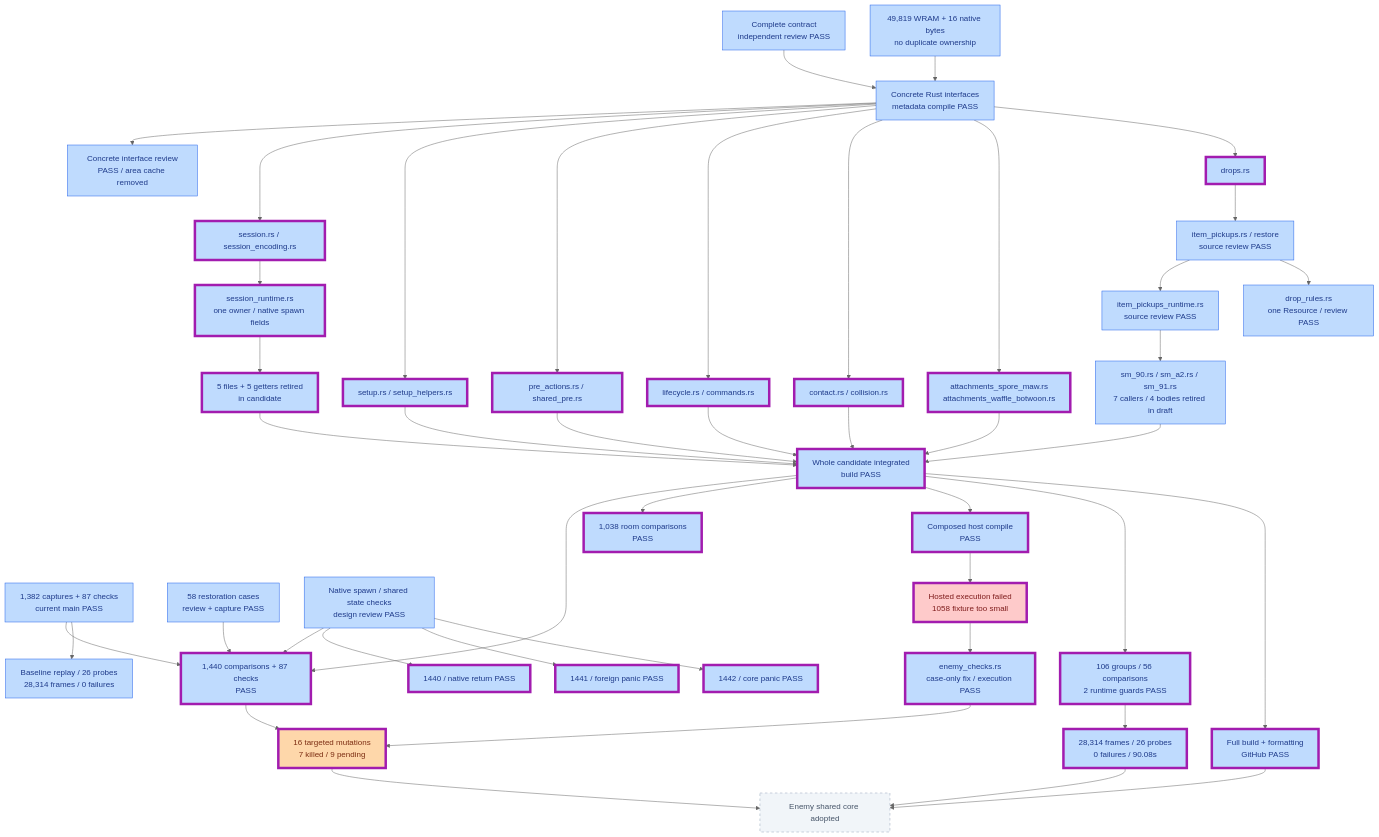
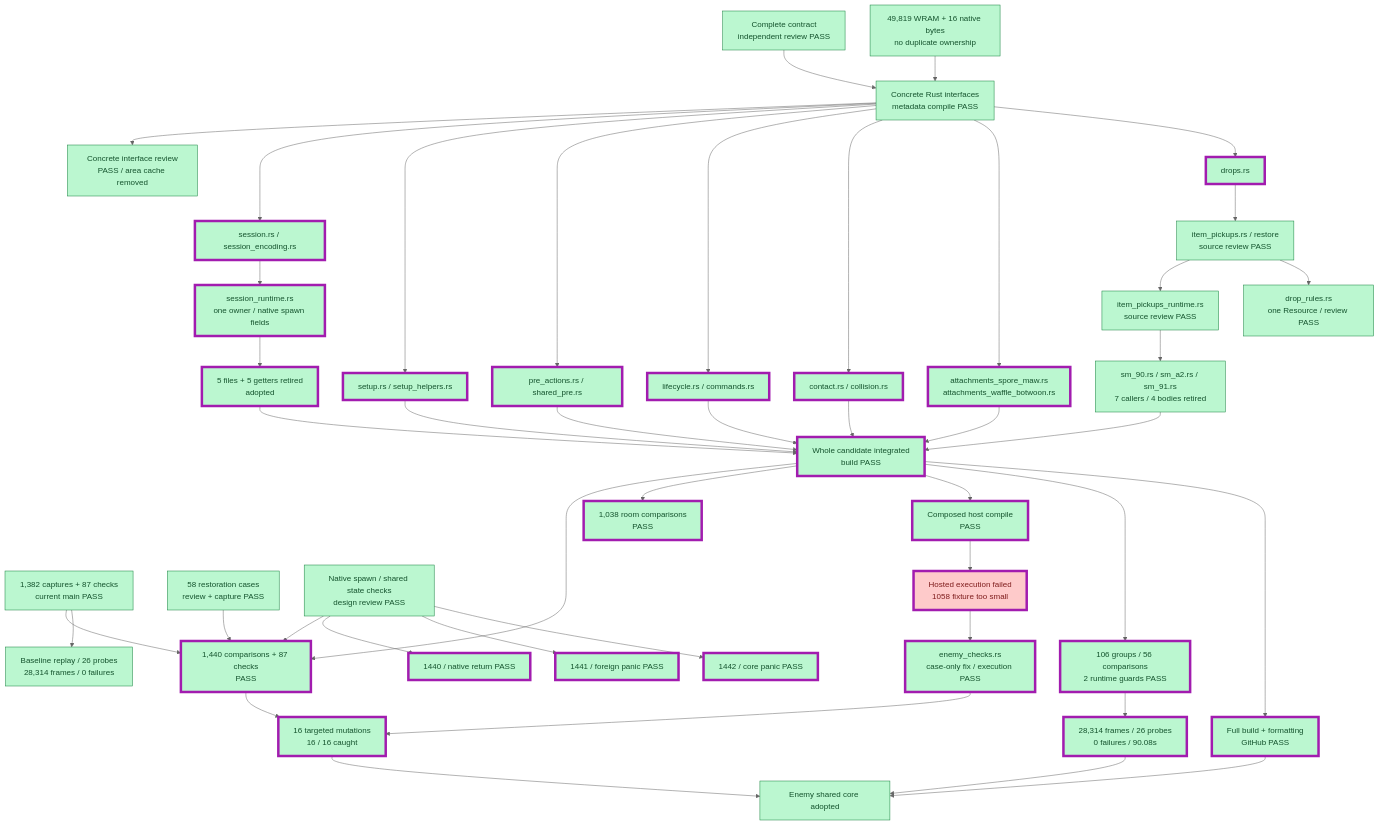
Before and after one commit to JimLundin/sm-decomp: the first of 12 diagrams in PROGRESS.md, drawn with Mermaid (neutral theme). The commit also changed other lines of this file and 74 other files, not shown here.

````diff
--- a/PROGRESS.md
+++ b/PROGRESS.md
@@ -14,55 +14,55 @@
 ```mermaid
 flowchart TB
-    CONTRACT["Complete contract<br/>independent review PASS"]:::checked
-    UNION["49,819 WRAM + 16 native bytes<br/>no duplicate ownership"]:::checked
-    CONTRACT --> API["Concrete Rust interfaces<br/>metadata compile PASS"]:::checked
-    API --> REVIEW["Concrete interface review<br/>PASS / area cache removed"]:::checked
+    CONTRACT["Complete contract<br/>independent review PASS"]:::done
+    UNION["49,819 WRAM + 16 native bytes<br/>no duplicate ownership"]:::done
+    CONTRACT --> API["Concrete Rust interfaces<br/>metadata compile PASS"]:::done
+    API --> REVIEW["Concrete interface review<br/>PASS / area cache removed"]:::done
     UNION --> API
-    REF["1,382 captures + 87 checks<br/>current main PASS"]:::checked
-    API --> S["session.rs / session_encoding.rs"]:::checked
-    S --> R["session_runtime.rs<br/>one owner / native spawn fields"]:::checked
-    API --> SETUP["setup.rs / setup_helpers.rs"]:::checked
-    API --> PRE["pre_actions.rs / shared_pre.rs"]:::checked
-    API --> LIFE["lifecycle.rs / commands.rs"]:::checked
-    API --> CONTACT["contact.rs / collision.rs"]:::checked
-    API --> ATTACH["attachments_spore_maw.rs<br/>attachments_waffle_botwoon.rs"]:::checked
-    API --> DROP["drops.rs"]:::checked
-    DROP --> INV["item_pickups.rs / restore<br/>source review PASS"]:::checked
-    INV --> IRT["item_pickups_runtime.rs<br/>source review PASS"]:::checked
-    INV --> RESOURCE["drop_rules.rs<br/>one Resource / review PASS"]:::checked
-    IRT --> CALL["sm_90.rs / sm_a2.rs / sm_91.rs<br/>7 callers / 4 bodies retired in draft"]:::checked
-    R --> RETIRE["5 files + 5 getters retired<br/>in candidate"]:::checked
-    SETUP --> MERGE["Whole candidate integrated<br/>build PASS"]:::checked
+    REF["1,382 captures + 87 checks<br/>current main PASS"]:::done
+    API --> S["session.rs / session_encoding.rs"]:::done
+    S --> R["session_runtime.rs<br/>one owner / native spawn fields"]:::done
+    API --> SETUP["setup.rs / setup_helpers.rs"]:::done
+    API --> PRE["pre_actions.rs / shared_pre.rs"]:::done
+    API --> LIFE["lifecycle.rs / commands.rs"]:::done
+    API --> CONTACT["contact.rs / collision.rs"]:::done
+    API --> ATTACH["attachments_spore_maw.rs<br/>attachments_waffle_botwoon.rs"]:::done
+    API --> DROP["drops.rs"]:::done
+    DROP --> INV["item_pickups.rs / restore<br/>source review PASS"]:::done
+    INV --> IRT["item_pickups_runtime.rs<br/>source review PASS"]:::done
+    INV --> RESOURCE["drop_rules.rs<br/>one Resource / review PASS"]:::done
+    IRT --> CALL["sm_90.rs / sm_a2.rs / sm_91.rs<br/>7 callers / 4 bodies retired"]:::done
+    R --> RETIRE["5 files + 5 getters retired<br/>adopted"]:::done
+    SETUP --> MERGE["Whole candidate integrated<br/>build PASS"]:::done
     PRE --> MERGE
     LIFE --> MERGE
     CONTACT --> MERGE
     ATTACH --> MERGE
     CALL --> MERGE
     RETIRE --> MERGE
-    RESTORE["58 restoration cases<br/>review + capture PASS"]:::checked --> VERIFY["1,440 comparisons + 87 checks<br/>PASS"]:::checked
-    NATIVE["Native spawn / shared state checks<br/>design review PASS"]:::checked --> VERIFY
-    NATIVE --> NRET["1440 / native return PASS"]:::checked
-    NATIVE --> NPANIC["1441 / foreign panic PASS"]:::checked
-    NATIVE --> CPANIC["1442 / core panic PASS"]:::checked
+    RESTORE["58 restoration cases<br/>review + capture PASS"]:::done --> VERIFY["1,440 comparisons + 87 checks<br/>PASS"]:::done
+    NATIVE["Native spawn / shared state checks<br/>design review PASS"]:::done --> VERIFY
+    NATIVE --> NRET["1440 / native return PASS"]:::done
+    NATIVE --> NPANIC["1441 / foreign panic PASS"]:::done
+    NATIVE --> CPANIC["1442 / core panic PASS"]:::done
     MERGE --> VERIFY
     REF --> VERIFY
-    REF --> BASEPLAY["Baseline replay / 26 probes<br/>28,314 frames / 0 failures"]:::checked
-    MERGE --> ROOM["1,038 room comparisons<br/>PASS"]:::checked
-    MERGE --> HOST["Composed host compile<br/>PASS"]:::checked
+    REF --> BASEPLAY["Baseline replay / 26 probes<br/>28,314 frames / 0 failures"]:::done
+    MERGE --> ROOM["1,038 room comparisons<br/>PASS"]:::done
+    MERGE --> HOST["Composed host compile<br/>PASS"]:::done
     HOST --> HFAIL["Hosted execution failed<br/>1058 fixture too small"]:::failed
-    HFAIL --> HFIX["enemy_checks.rs<br/>case-only fix / execution PASS"]:::checked
-    VERIFY --> MUT["16 targeted mutations<br/>7 killed / 9 pending"]:::active
+    HFAIL --> HFIX["enemy_checks.rs<br/>case-only fix / execution PASS"]:::done
+    VERIFY --> MUT["16 targeted mutations<br/>16 / 16 caught"]:::done
     HFIX --> MUT
-    MERGE --> PLAYER["106 groups / 56 comparisons<br/>2 runtime guards PASS"]:::checked
-    MERGE --> FRONT["Full build + formatting<br/>GitHub PASS"]:::checked
-    PLAYER --> PLAY["28,314 frames / 26 probes<br/>0 failures / 90.08s"]:::checked
-    PLAY --> ADOPT["Enemy shared core adopted"]:::pending
+    MERGE --> PLAYER["106 groups / 56 comparisons<br/>2 runtime guards PASS"]:::done
+    MERGE --> FRONT["Full build + formatting<br/>GitHub PASS"]:::done
+    PLAYER --> PLAY["28,314 frames / 26 probes<br/>0 failures / 90.08s"]:::done
+    PLAY --> ADOPT["Enemy shared core adopted"]:::done
     MUT --> ADOPT
     FRONT --> ADOPT
     class S,R,SETUP,PRE,LIFE,CONTACT,ATTACH,DROP,RETIRE,MERGE,VERIFY,NRET,NPANIC,CPANIC,ROOM,HOST,HFAIL,HFIX,MUT,PLAYER,FRONT,PLAY changed
-    classDef checked fill:#bfdbfe,stroke:#2563eb,color:#1e3a8a
+    classDef done fill:#bbf7d0,stroke:#15803d,color:#14532d
     classDef active fill:#fed7aa,stroke:#ea580c,color:#7c2d12
     classDef pending fill:#f1f5f9,stroke:#94a3b8,color:#475569,stroke-dasharray:5 5
     classDef failed fill:#fecaca,stroke:#dc2626,color:#7f1d1d
     classDef changed stroke:#a21caf,stroke-width:5px
 ```
````
